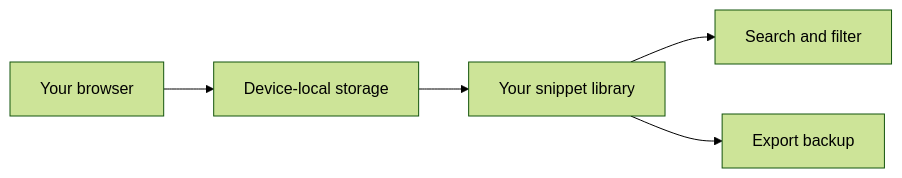
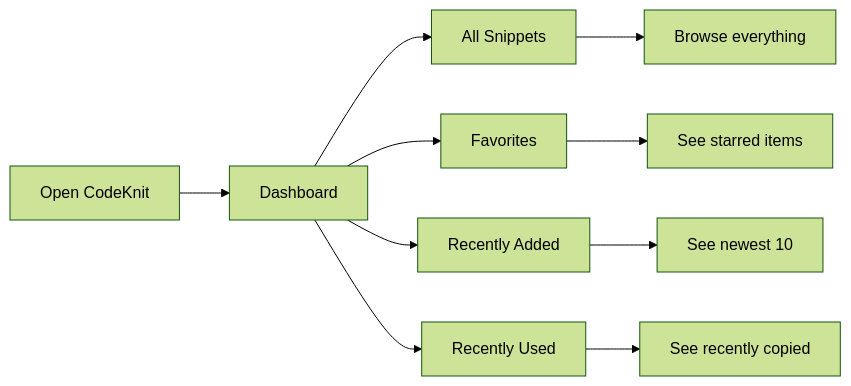
Before and after one commit to Mohita111/API2: the first of 2 diagrams in api2-documentation/plan_2026-11-02_f8890e/user-facing-docs/snippet-library.md, drawn with Mermaid (forest theme). The commit also changed other lines of this file and 13 other files, not shown here.

````diff
--- a/api2-documentation/plan_2026-11-02_f8890e/user-facing-docs/snippet-library.md
+++ b/api2-documentation/plan_2026-11-02_f8890e/user-facing-docs/snippet-library.md
@@ -29,7 +41,12 @@
 ```mermaid
 graph LR
-  A[Your browser] --> B[Device-local storage]
-  B --> C[Your snippet library]
-  C --> D[Search and filter]
-  C --> E[Export backup]
+    A[Open CodeKnit] --> B[Dashboard]
+    B --> C[All Snippets]
+    B --> D[Favorites]
+    B --> E[Recently Added]
+    B --> F[Recently Used]
+    C --> G[Browse everything]
+    D --> H[See starred items]
+    E --> I[See newest 10]
+    F --> J[See recently copied]
 ```
````
